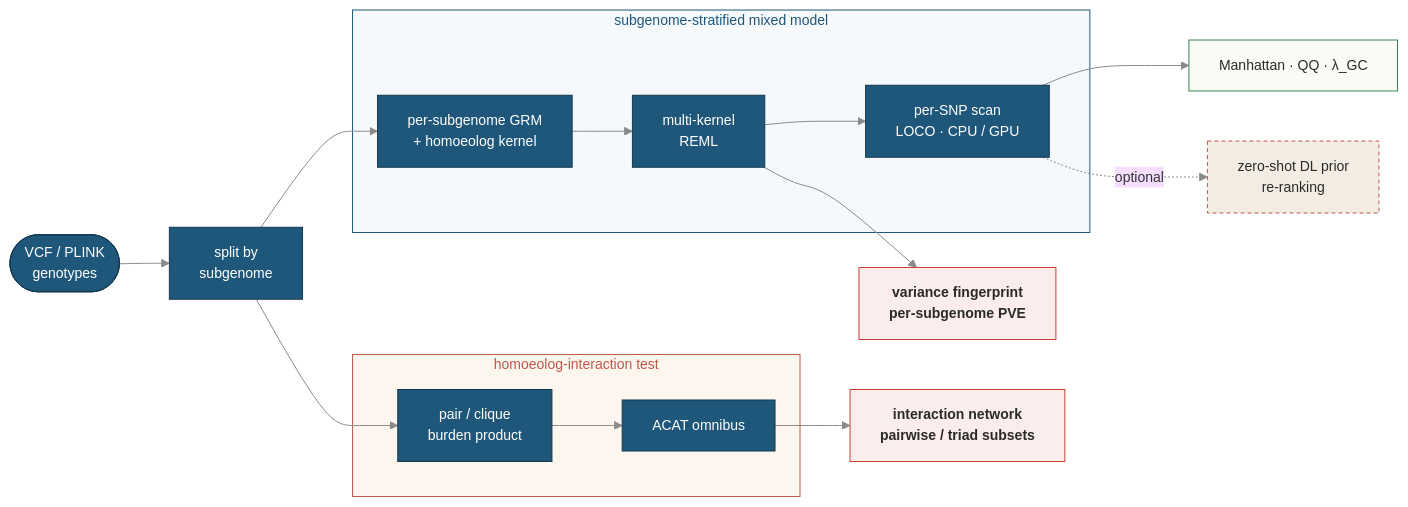
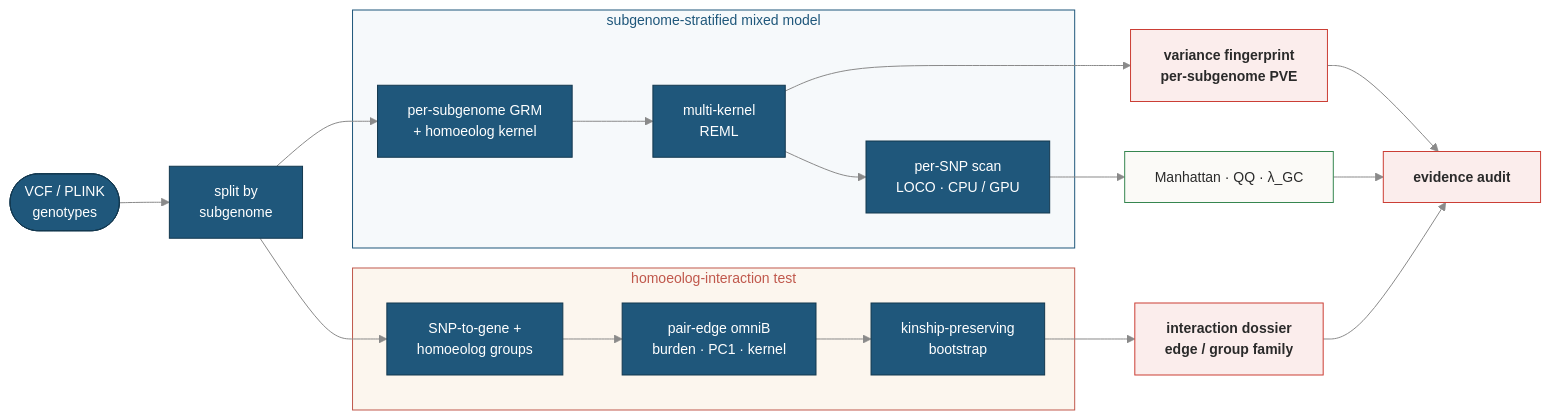
The diagram in README.md (Shipeng-Yang/HomoeoGWAS), drawn with Mermaid before and after one commit. The commit also changed other lines of this file and 9 other files, not shown here.

Commit message:
docs: publish unified homoeolog interaction contract

````diff
--- a/README.md
+++ b/README.md
@@ -134,32 +134,33 @@
 ```mermaid
 %%{init: {"theme":"base","themeVariables":{"fontFamily":"Helvetica, Arial, sans-serif","fontSize":"14px","lineColor":"#8A8A8A"}}}%%
 flowchart LR
     G(["VCF / PLINK<br/>genotypes"]) --> S["split by<br/>subgenome"]
 
     subgraph MODEL["subgenome-stratified mixed model"]
         K["per-subgenome GRM<br/>+ homoeolog kernel"] --> R["multi-kernel<br/>REML"]
         R --> SC["per-SNP scan<br/>LOCO · CPU / GPU"]
     end
 
     subgraph INT["homoeolog-interaction test"]
-        I["pair / clique<br/>burden product"] --> N["ACAT omnibus"]
+        I["SNP-to-gene +<br/>homoeolog groups"] --> N["pair-edge omniB<br/>burden · PC1 · kernel"]
+        N --> C["kinship-preserving<br/>bootstrap"]
     end
 
     S --> K
     S --> I
     R --> V["variance fingerprint<br/>per-subgenome PVE"]
     SC --> O["Manhattan · QQ · λ_GC"]
-    N --> W["interaction network<br/>pairwise / triad subsets"]
-    SC -. optional .-> D["zero-shot DL prior<br/>re-ranking"]
+    C --> W["interaction dossier<br/>edge / group family"]
+    V --> A["evidence audit"]
+    O --> A
+    W --> A
 
     classDef stage fill:#1F577B,stroke:#13384f,color:#ffffff;
     classDef out   fill:#FBFAF7,stroke:#368650,color:#2A2A2A;
     classDef star  fill:#FBEDEC,stroke:#CB3E35,color:#2A2A2A,font-weight:bold;
-    classDef opt   fill:#F3ECE2,stroke:#C0584C,color:#2A2A2A,stroke-dasharray:4 3;
-    class G,S,K,R,SC,I,N stage;
+    class G,S,K,R,SC,I,N,C stage;
     class O out;
-    class V,W star;
-    class D opt;
+    class V,W,A star;
     style MODEL fill:#F6F9FB,stroke:#1F577B,color:#1F577B;
     style INT   fill:#FCF6EE,stroke:#C0584C,color:#C0584C;
 ```
````
